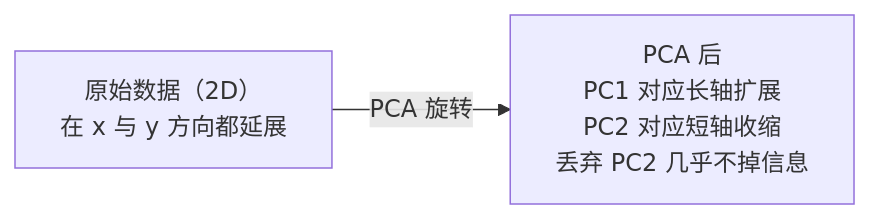
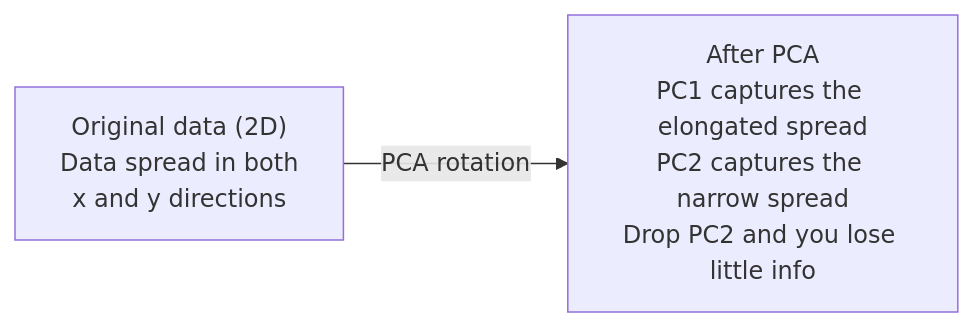
Before and after one commit to omigaZen/ai-engineering-from-scratch: the diagram in phases/01-math-foundations/10-dimensionality-reduction/docs/zh.md, drawn with Mermaid. The commit also changed other lines of this file and 32 other files, not shown here.

````diff
--- a/phases/01-math-foundations/10-dimensionality-reduction/docs/zh.md
+++ b/phases/01-math-foundations/10-dimensionality-reduction/docs/zh.md
@@ -61,4 +61,4 @@
 ```mermaid
 graph LR
-    A["原始数据（2D）\n在 x 与 y 方向都延展"] -->|"PCA 旋转"| B["PCA 后\nPC1 对应长轴扩展\nPC2 对应短轴收缩\n丢弃 PC2 几乎不掉信息"]
+    A["Original data (2D)\nData spread in both\nx and y directions"] -->|"PCA rotation"| B["After PCA\nPC1 captures the elongated spread\nPC2 captures the narrow spread\nDrop PC2 and you lose little info"]
 ```
````
